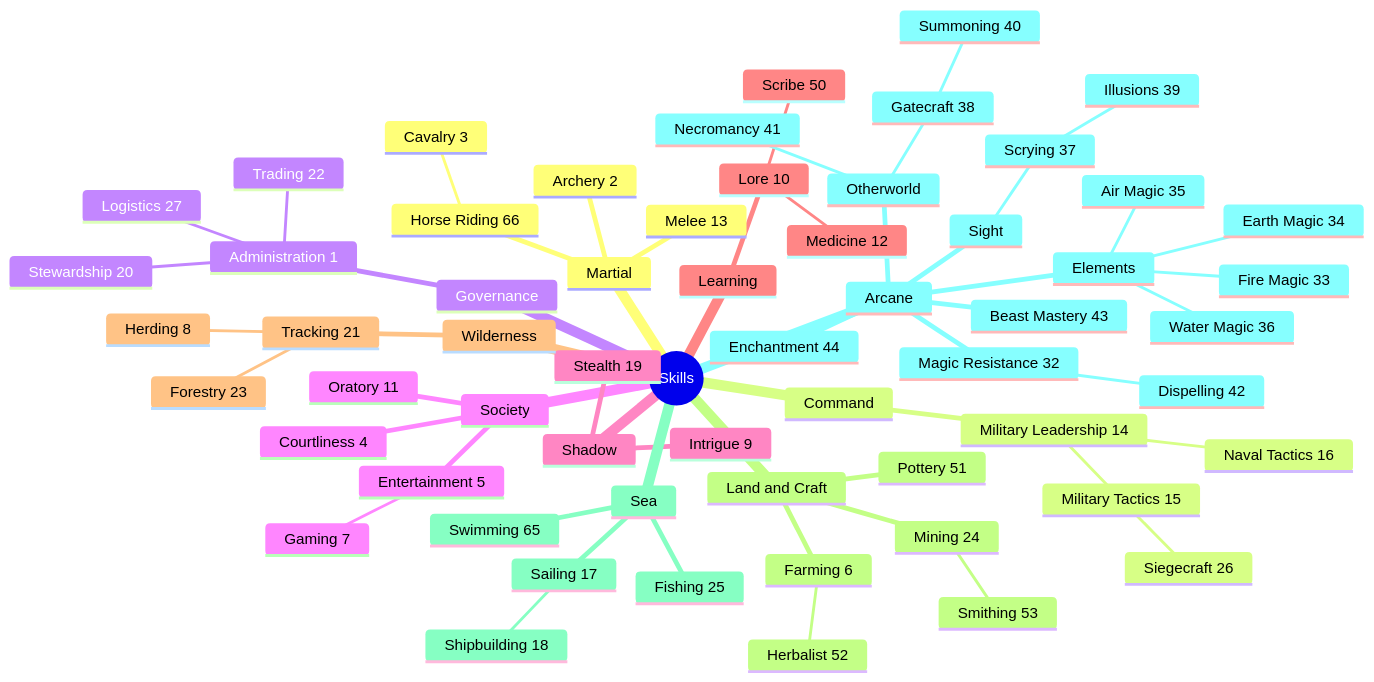
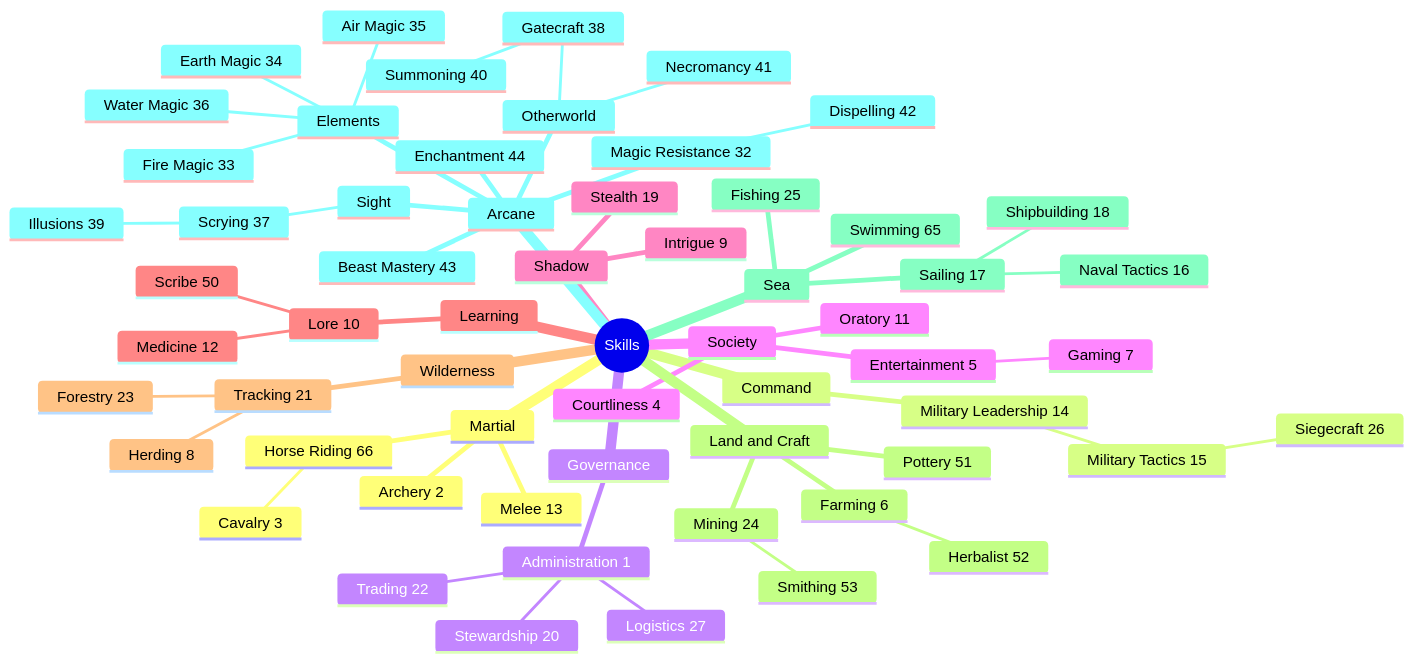
The diagram in docs/references/skill-tree.md (mdhender/tnyc), drawn with Mermaid before and after one commit. The commit also changed other lines of this file and 1 other file, not shown here.

First line of the commit message:
docs: move Naval Tactics under Sailing; confirm Professional Skill

````diff
--- a/docs/references/skill-tree.md
+++ b/docs/references/skill-tree.md
@@ -91,63 +91,63 @@
 ```mermaid
 mindmap
   root((Skills))
     Martial
       Melee 13
       Archery 2
       Horse Riding 66
         Cavalry 3
     Command
       Military Leadership 14
         Military Tactics 15
           Siegecraft 26
-        Naval Tactics 16
     Governance
       Administration 1
         Stewardship 20
         Logistics 27
         Trading 22
     Society
       Courtliness 4
       Oratory 11
       Entertainment 5
         Gaming 7
     Shadow
       Stealth 19
       Intrigue 9
     Learning
       Lore 10
         Scribe 50
         Medicine 12
     Wilderness
       Tracking 21
         Forestry 23
         Herding 8
     Land and Craft
       Farming 6
         Herbalist 52
       Mining 24
         Smithing 53
       Pottery 51
     Sea
       Swimming 65
       Fishing 25
       Sailing 17
+        Naval Tactics 16
         Shipbuilding 18
     Arcane
       Magic Resistance 32
         Dispelling 42
       Elements
         Fire Magic 33
         Earth Magic 34
         Air Magic 35
         Water Magic 36
       Sight
         Scrying 37
           Illusions 39
       Otherworld
         Gatecraft 38
           Summoning 40
         Necromancy 41
       Enchantment 44
       Beast Mastery 43
 ```
````
